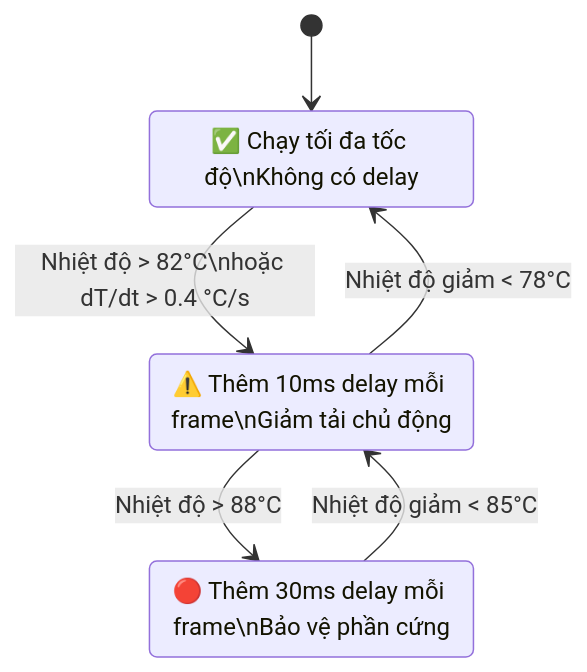
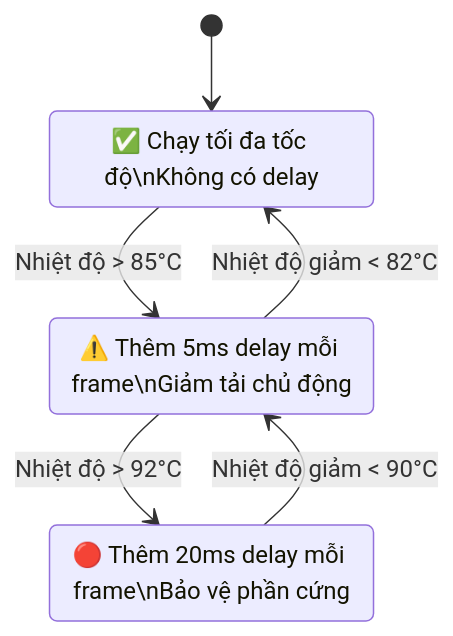
Before and after one commit to VanDung-dev/RustYolo: the second of 2 diagrams in README.md, drawn with Mermaid. The commit also changed other lines of this file, not shown here.

First line of the commit message:
docs: Cập nhật bảng benchmark hiệu năng chi tiết và ngưỡng điều tiết nhiệt độ

````diff
--- a/README.md
+++ b/README.md
@@ -86,12 +86,12 @@
 ```mermaid
 stateDiagram-v2
     [*] --> Normal
-    Normal --> Warning: Nhiệt độ > 82°C\nhoặc dT/dt > 0.4 °C/s
-    Warning --> Throttling: Nhiệt độ > 88°C
-    Throttling --> Warning: Nhiệt độ giảm < 85°C
-    Warning --> Normal: Nhiệt độ giảm < 78°C
+    Normal --> Warning: Nhiệt độ > 85°C
+    Warning --> Throttling: Nhiệt độ > 92°C
+    Throttling --> Warning: Nhiệt độ giảm < 90°C
+    Warning --> Normal: Nhiệt độ giảm < 82°C
 
     Normal: ✅ Chạy tối đa tốc độ\nKhông có delay
-    Warning: ⚠️ Thêm 10ms delay mỗi frame\nGiảm tải chủ động
-    Throttling: 🔴 Thêm 30ms delay mỗi frame\nBảo vệ phần cứng
+    Warning: ⚠️ Thêm 5ms delay mỗi frame\nGiảm tải chủ động
+    Throttling: 🔴 Thêm 20ms delay mỗi frame\nBảo vệ phần cứng
 ```
````
